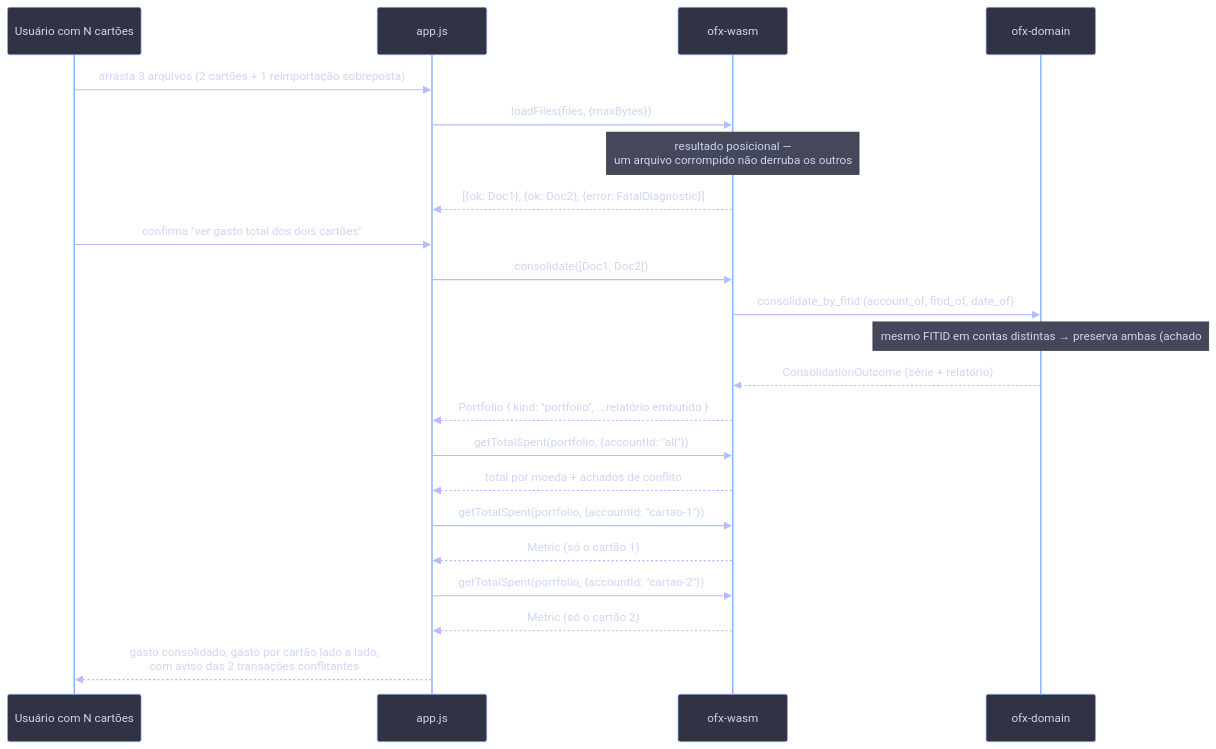
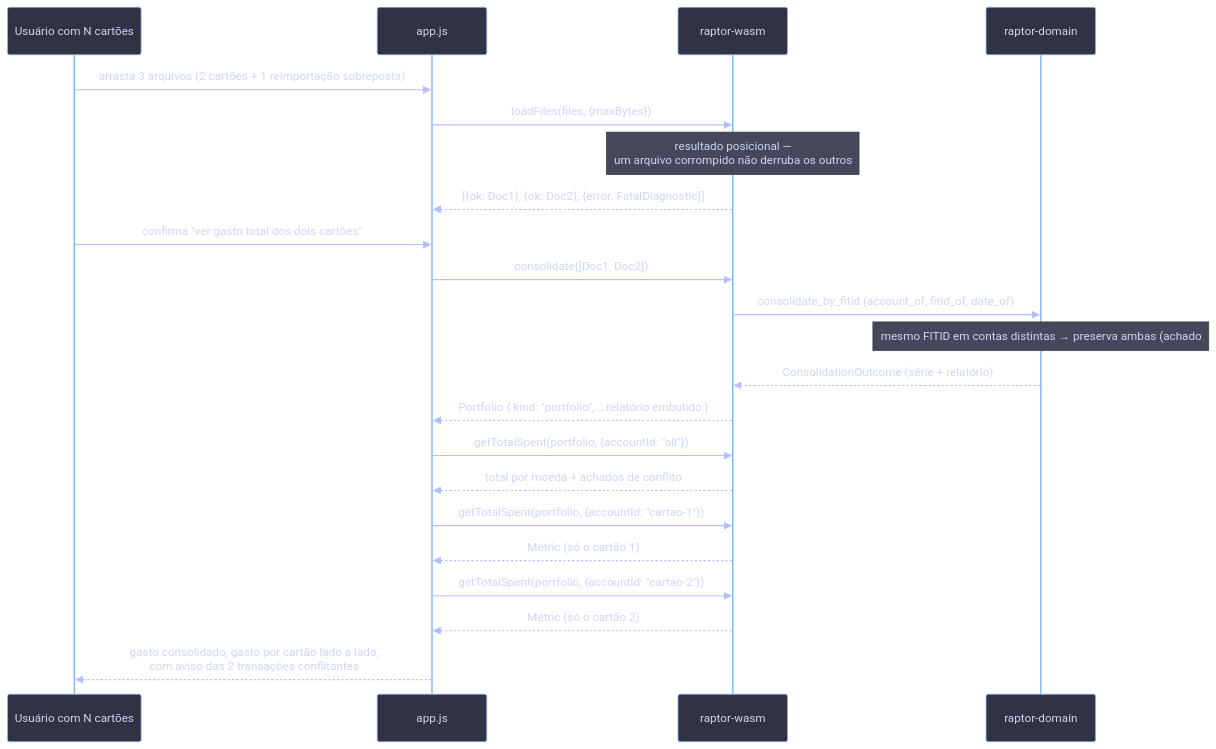
One commit to fossio/raptor changed the sixth of 10 diagrams in docs/discovery-ofx-rust-wasm.md. Above: the diagram before and after it, drawn with Mermaid. The commit also changed other lines of this file and 19 other files, not shown here.

````diff
--- a/docs/discovery-ofx-rust-wasm.md
+++ b/docs/discovery-ofx-rust-wasm.md
@@ -669,26 +665,26 @@
 ```mermaid
 %%{init: {'theme':'base','themeVariables':{'background':'#1e1e2e','primaryColor':'#313244','primaryTextColor':'#cdd6f4','primaryBorderColor':'#89b4fa','lineColor':'#b4befe','actorBkg':'#313244','actorBorder':'#89b4fa','actorTextColor':'#cdd6f4','signalColor':'#b4befe','signalTextColor':'#cdd6f4','labelBoxBkgColor':'#181825','labelBoxBorderColor':'#585b70','noteBkgColor':'#45475a','noteTextColor':'#cdd6f4','fontFamily':'monospace'}}}%%
 sequenceDiagram
     participant U as Usuário com N cartões
     participant JS as app.js
-    participant W as ofx-wasm
-    participant D as ofx-domain
+    participant W as raptor-wasm
+    participant D as raptor-domain
 
     U->>JS: arrasta 3 arquivos (2 cartões + 1 reimportação sobreposta)
     JS->>W: loadFiles(files, {maxBytes})
     Note over W: resultado posicional —<br/>um arquivo corrompido não derruba os outros
     W-->>JS: [{ok: Doc1}, {ok: Doc2}, {error: FatalDiagnostic}]
     U->>JS: confirma "ver gasto total dos dois cartões"
     JS->>W: consolidate([Doc1, Doc2])
     W->>D: consolidate_by_fitid (account_of, fitid_of, date_of)
     Note over D: mesmo FITID em contas distintas → preserva ambas (achado #65)<br/>mesmo FITID, mesma conta, payload idêntico → DuplicateFitid, descarte silencioso<br/>mesmo FITID, mesma conta, payload diverge → FitidConflicting (achado #53)
     D-->>W: ConsolidationOutcome (série + relatório)
     W-->>JS: Portfolio { kind: "portfolio", ...relatório embutido }
     JS->>W: getTotalSpent(portfolio, {accountId: "all"})
     W-->>JS: total por moeda + achados de conflito
     JS->>W: getTotalSpent(portfolio, {accountId: "cartao-1"})
     W-->>JS: Metric (só o cartão 1)
     JS->>W: getTotalSpent(portfolio, {accountId: "cartao-2"})
     W-->>JS: Metric (só o cartão 2)
     JS-->>U: gasto consolidado, gasto por cartão lado a lado,<br/>com aviso das 2 transações conflitantes
 ```
````
